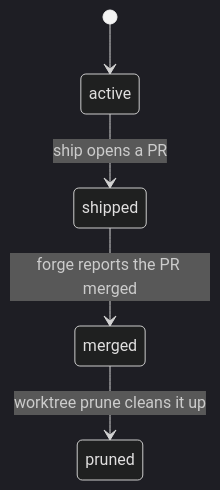
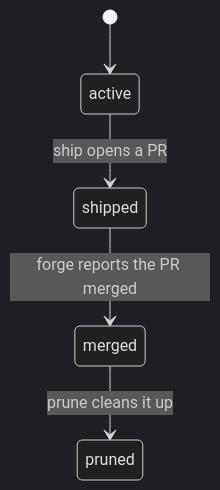
The second of 2 diagrams in README.md (Elysium-Labs-EU/argus), drawn with Mermaid (dark theme) before and after one commit. The commit also changed other lines of this file, not shown here.

First line of the commit message:
docs: rewrite README around architecture, LLMs, setup, tools

````diff
--- a/README.md
+++ b/README.md
@@ -48,7 +33,7 @@
 ```mermaid
 stateDiagram-v2
     [*] --> active
     active --> shipped: ship opens a PR
     shipped --> merged: forge reports the PR merged
-    merged --> pruned: worktree prune cleans it up
+    merged --> pruned: prune cleans it up
 ```
````
